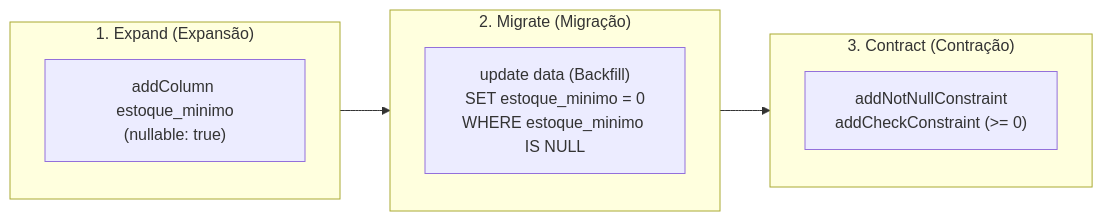
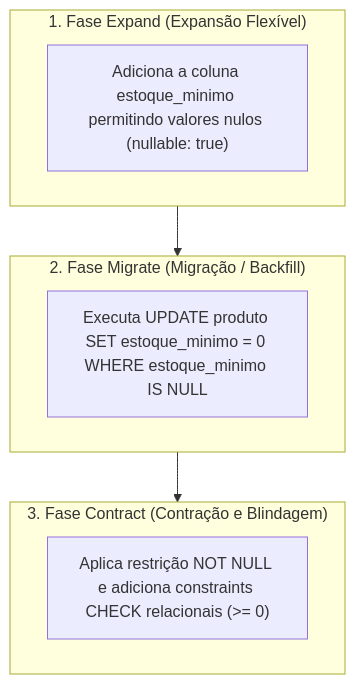
Diagram 17 of 20 in 4º Semestre/[Prof. Jefferson Passerini] Laboratório de Programação IV/Resumos-IA/Caderno-Consolidado.md (murilolol/unifef), drawn with Mermaid before and after one commit. The commit also changed other lines of this file and 40 other files, not shown here.

````diff
--- a/4º Semestre/[Prof. Jefferson Passerini] Laboratório de Programação IV/Resumos-IA/Caderno-Consolidado.md
+++ b/4º Semestre/[Prof. Jefferson Passerini] Laboratório de Programação IV/Resumos-IA/Caderno-Consolidado.md
@@ -367,13 +683,14 @@
 ```mermaid
-flowchart LR
-    subgraph Fase1 ["1. Expand (Expansão)"]
-        E["addColumn estoque_minimo<br/>(nullable: true)"]
-    end
-    subgraph Fase2 ["2. Migrate (Migração)"]
-        M["update data (Backfill)<br/>SET estoque_minimo = 0<br/>WHERE estoque_minimo IS NULL"]
-    end
-    subgraph Fase3 ["3. Contract (Contração)"]
-        C["addNotNullConstraint<br/>addCheckConstraint (>= 0)"]
-    end
-    Fase1 --> Fase2 --> Fase3
+flowchart TD
+  subgraph Fase1["1. Fase Expand (Expansão Flexível)"]
+    P1["Adiciona a coluna estoque_minimo permitindo valores nulos (nullable: true)"]
+  end
+  subgraph Fase2["2. Fase Migrate (Migração / Backfill)"]
+    P2["Executa UPDATE produto SET estoque_minimo = 0 WHERE estoque_minimo IS NULL"]
+  end
+  subgraph Fase3["3. Fase Contract (Contração e Blindagem)"]
+    P3["Aplica restrição NOT NULL e adiciona constraints CHECK relacionais (>= 0)"]
+  end
+
+  Fase1 --> Fase2 --> Fase3
 ```
````
